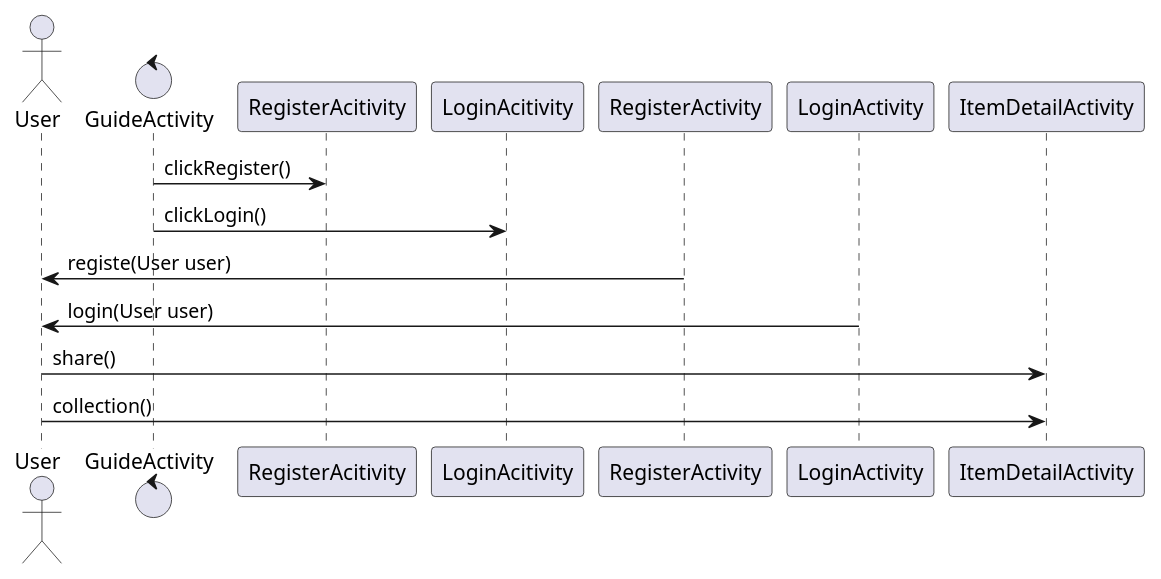
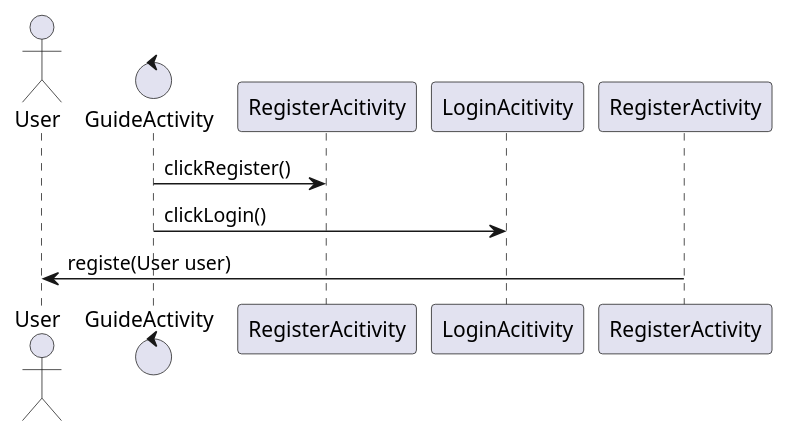
The diagram in app/src/main/java/cn/diy/dy/PersonSequence.puml (YshanshanD/DY), drawn with PlantUML before and after one commit. The commit also changed 12 other files, not shown here.

```diff
--- a/app/src/main/java/cn/diy/dy/PersonSequence.puml
+++ b/app/src/main/java/cn/diy/dy/PersonSequence.puml
@@ -1,10 +1,7 @@
 @startuml
 actor User
 control GuideActivity
 GuideActivity -> RegisterAcitivity : clickRegister()
 GuideActivity -> LoginAcitivity : clickLogin()
 RegisterActivity -> User : registe(User user)
-LoginActivity -> User : login(User user)
-User -> ItemDetailActivity : share()
-User -> ItemDetailActivity : collection()
 @enduml
```
